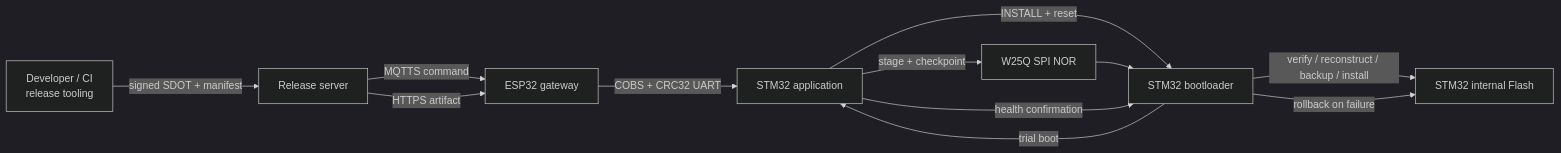
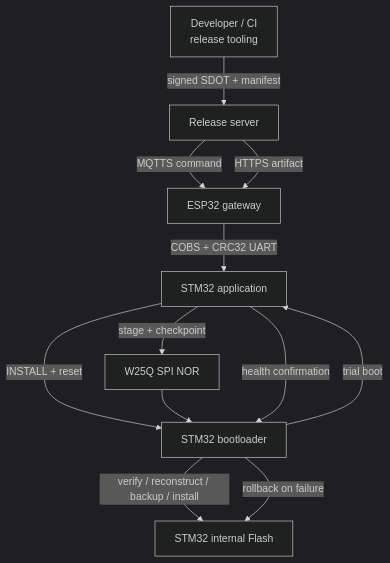
One commit to haikevins/secure-delta-ota-bootloader changed the diagram in README.md. Above: the diagram before and after it, drawn with Mermaid (dark theme). The commit also changed 1 other file, not shown here.

Commit message:
docs(readme): render OTA architecture vertically

````diff
--- a/README.md
+++ b/README.md
@@ -41,14 +41,14 @@
 ```mermaid
-flowchart LR
+flowchart TD
     CI["Developer / CI\nrelease tooling"] -->|"signed SDOT + manifest"| SERVER["Release server"]
     SERVER -->|"MQTTS command"| ESP["ESP32 gateway"]
     SERVER -->|"HTTPS artifact"| ESP
     ESP -->|"COBS + CRC32 UART"| APP["STM32 application"]
     APP -->|"stage + checkpoint"| NOR["W25Q SPI NOR"]
     APP -->|"INSTALL + reset"| BOOT["STM32 bootloader"]
     NOR --> BOOT
     BOOT -->|"verify / reconstruct / backup / install"| FLASH["STM32 internal Flash"]
     BOOT -->|"trial boot"| APP
     APP -->|"health confirmation"| BOOT
     BOOT -->|"rollback on failure"| FLASH
 ```
````
